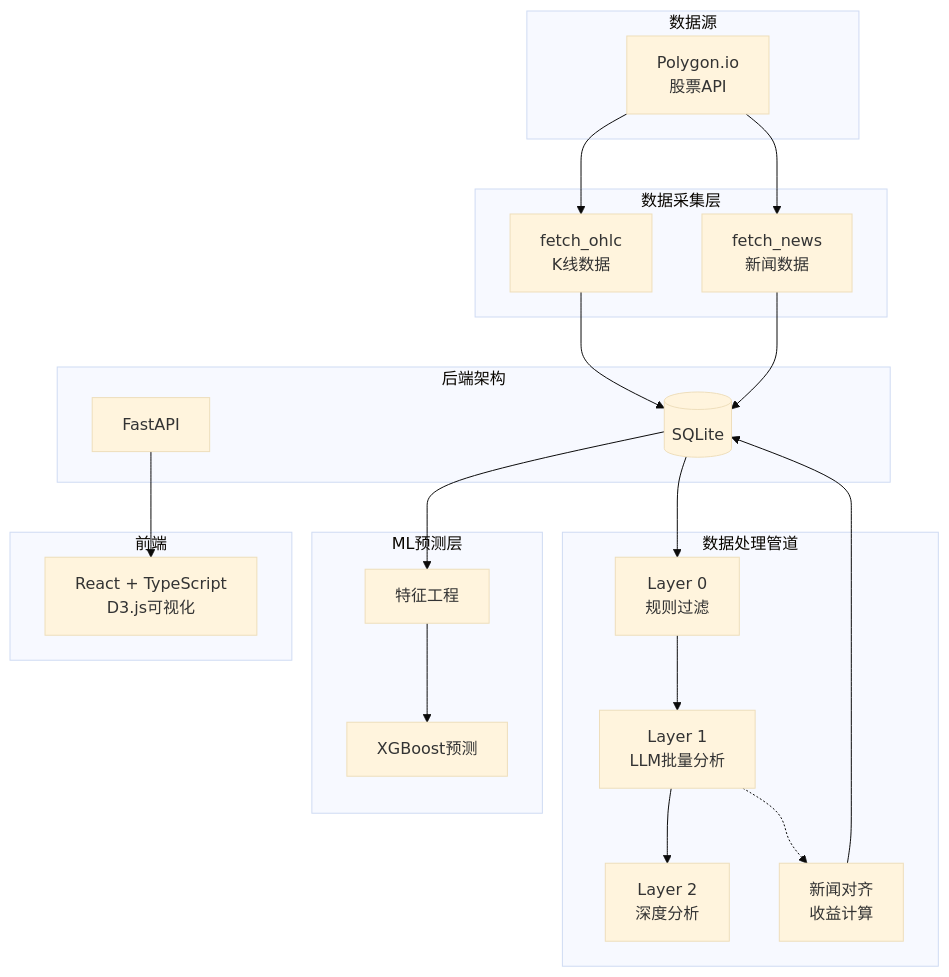
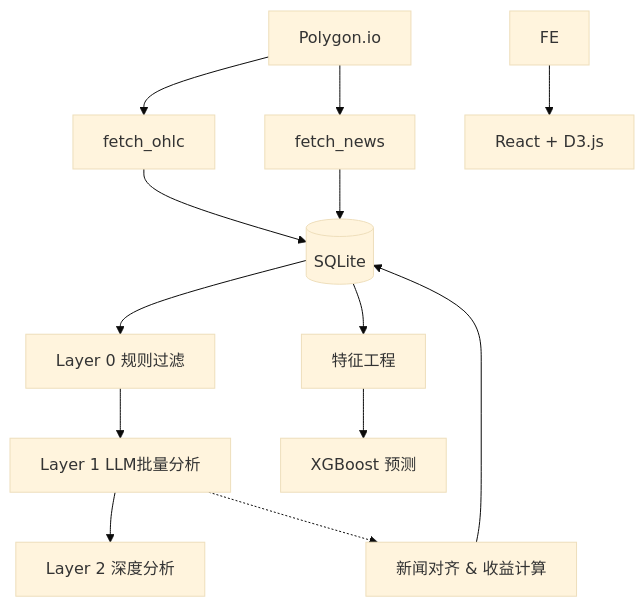
Before and after one commit to Chasen-Liao/FinTrack: the first of 3 diagrams in README.md, drawn with Mermaid (base theme). The commit also changed other lines of this file and 21 other files, not shown here.

````diff
--- a/README.md
+++ b/README.md
@@ -18,45 +13,15 @@
 ```mermaid
 graph TB
-    subgraph 数据源
-        POL[Polygon.io<br/>股票API]
-    end
-
-    subgraph 后端架构
-        FE[FastAPI]
-        DB[(SQLite)]
-    end
-
-    subgraph 数据采集层
-        P1[fetch_ohlc<br/>K线数据]
-        P2[fetch_news<br/>新闻数据]
-    end
-
-    subgraph 数据处理管道
-        L0[Layer 0<br/>规则过滤]
-        L1[Layer 1<br/>LLM批量分析]
-        L2[Layer 2<br/>深度分析]
-        ALIGN[新闻对齐<br/>收益计算]
-    end
-
-    subgraph ML预测层
-        FEAT[特征工程]
-        MODEL[XGBoost预测]
-    end
-
-    subgraph 前端
-        REACT[React + TypeScript<br/>D3.js可视化]
-    end
-
-    POL --> P1
-    POL --> P2
-    P1 --> DB
+    POL[Polygon.io] --> P1[fetch_ohlc]
+    POL --> P2[fetch_news]
+    P1 --> DB[(SQLite)]
     P2 --> DB
-    DB --> L0
-    L0 --> L1
-    L1 --> L2
-    L1 -.-> ALIGN
+    DB --> L0[Layer 0 规则过滤]
+    L0 --> L1[Layer 1 LLM批量分析]
+    L1 --> L2[Layer 2 深度分析]
+    L1 -.-> ALIGN[新闻对齐 & 收益计算]
     ALIGN --> DB
-    DB --> FEAT
-    FEAT --> MODEL
-    FE --> REACT
+    DB --> FEAT[特征工程]
+    FEAT --> MODEL[XGBoost 预测]
+    FE --> REACT[React + D3.js]
 ```
````
